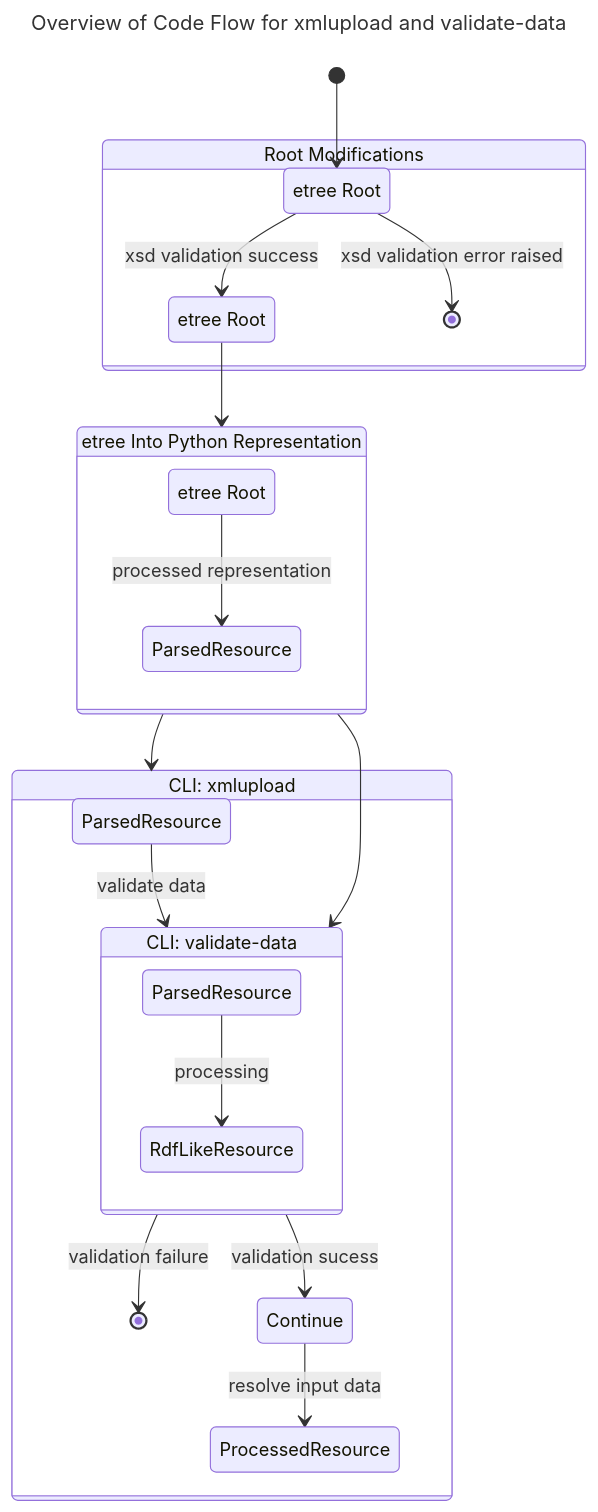
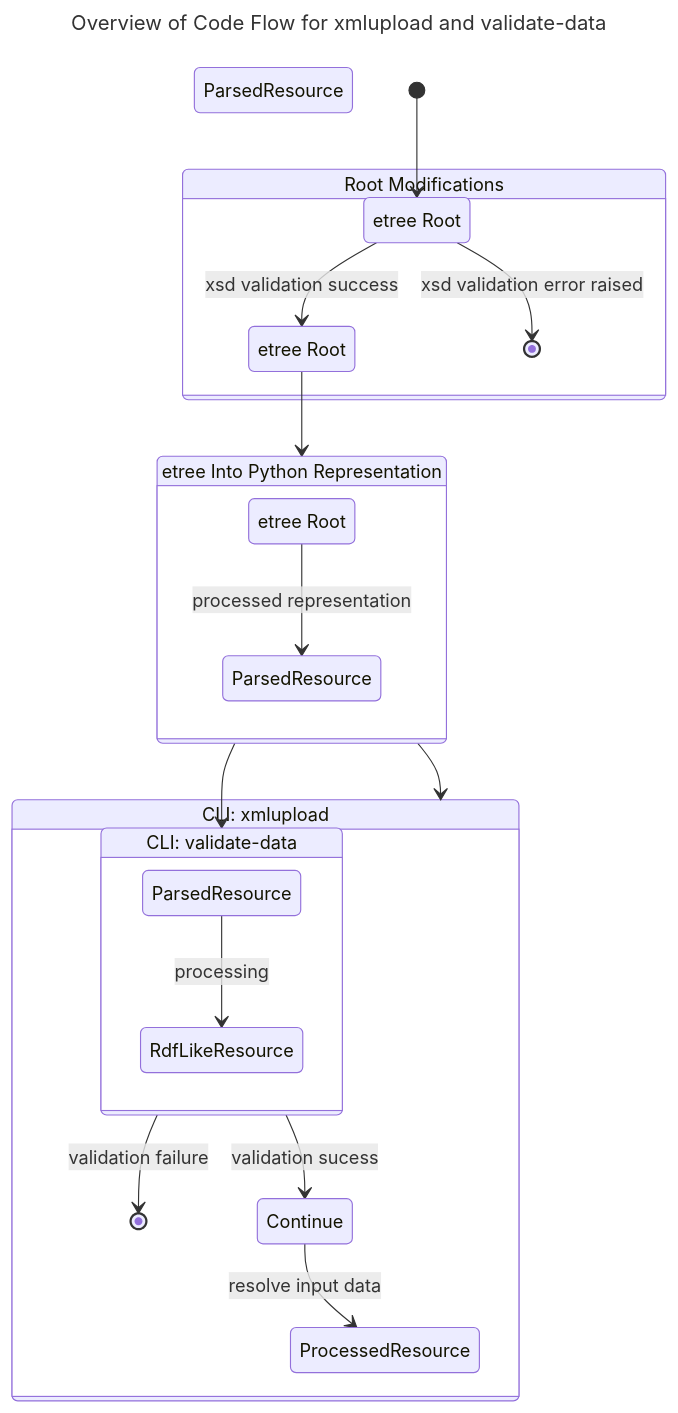
One commit to dasch-swiss/dsp-tools changed the first of 3 diagrams in docs/developers/architecture.md. Above: the diagram before and after it, drawn with Mermaid.

````diff
--- a/docs/developers/architecture.md
+++ b/docs/developers/architecture.md
@@ -7,39 +7,38 @@
 ```mermaid
 ---
 title: Overview of Code Flow for xmlupload and validate-data
 ---
 stateDiagram-v2
 
 state "etree Root" as eroot1
 state "etree Root" as eroot2
 state "etree Root" as eroot3
 state "Root Modifications" as rootwork
 state "etree Into Python Representation" as pywork
 state "CLI: xmlupload" as processed
 state "ParsedResource" as parsedres1
 state "ParsedResource" as parsedres2
 state "ParsedResource" as parsedres3
 state "ProcessedResource" as Processedres
 state "CLI: validate-data" as valdata
 
 [*]-->eroot1
 state rootwork {
     eroot1-->eroot2: xsd validation success
     eroot1-->[*]: xsd validation error raised
 }
 eroot2-->pywork
 state pywork {
     eroot3-->parsedres1: processed representation
 }
 pywork-->processed
 state processed {
-    parsedres2-->valdata: validate data
     valdata-->[*]: validation failure
     valdata-->Continue: validation sucess
     Continue-->Processedres: resolve input data
 }
 pywork-->valdata
 state valdata {
     parsedres3-->RdfLikeResource: processing
 }
 ```
````
